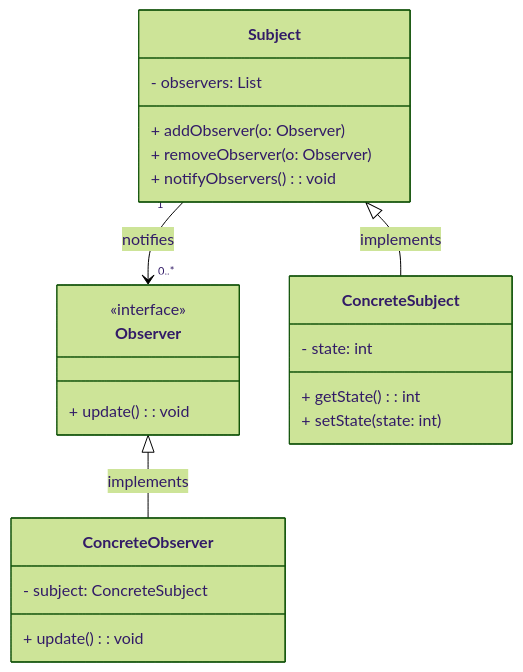
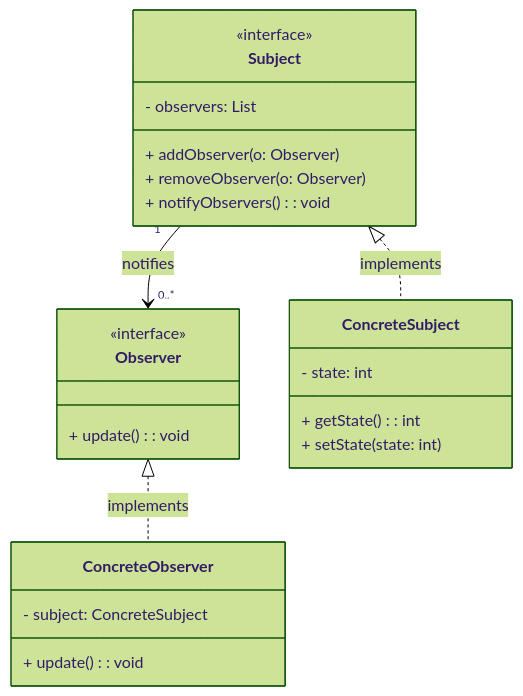
The diagram in Engenharia de Software III/Observer/pattern.md (matheuspires7/bertoti), drawn with Mermaid (forest theme) before and after one commit.

````diff
--- a/Engenharia de Software III/Observer/pattern.md
+++ b/Engenharia de Software III/Observer/pattern.md
@@ -16,29 +16,30 @@
 ```mermaid
 classDiagram
     Subject "1" --> "0..*" Observer : notifies
-    Observer <|-- ConcreteObserver : implements
-    Subject <|-- ConcreteSubject : implements
+    Observer <|.. ConcreteObserver : implements
+    Subject <|.. ConcreteSubject : implements
 
     class Subject {
+        <<interface>>
         - observers: List<Observer>
         + addObserver(o: Observer)
         + removeObserver(o: Observer)
         + notifyObservers(): void
     }
 
     class Observer {
         <<interface>>
         + update(): void
     }
 
     class ConcreteSubject {
         - state: int
         + getState(): int
         + setState(state: int)
     }
 
     class ConcreteObserver {
         - subject: ConcreteSubject
         + update(): void
     }
 ```
````
